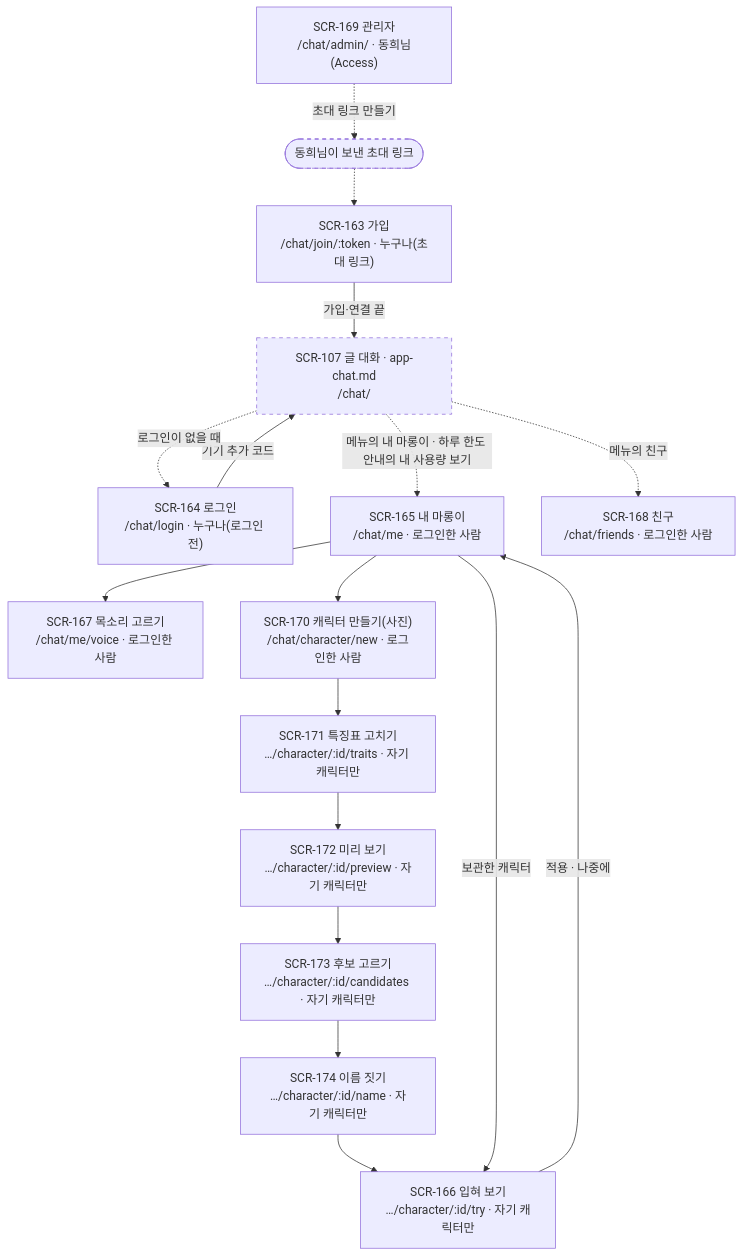
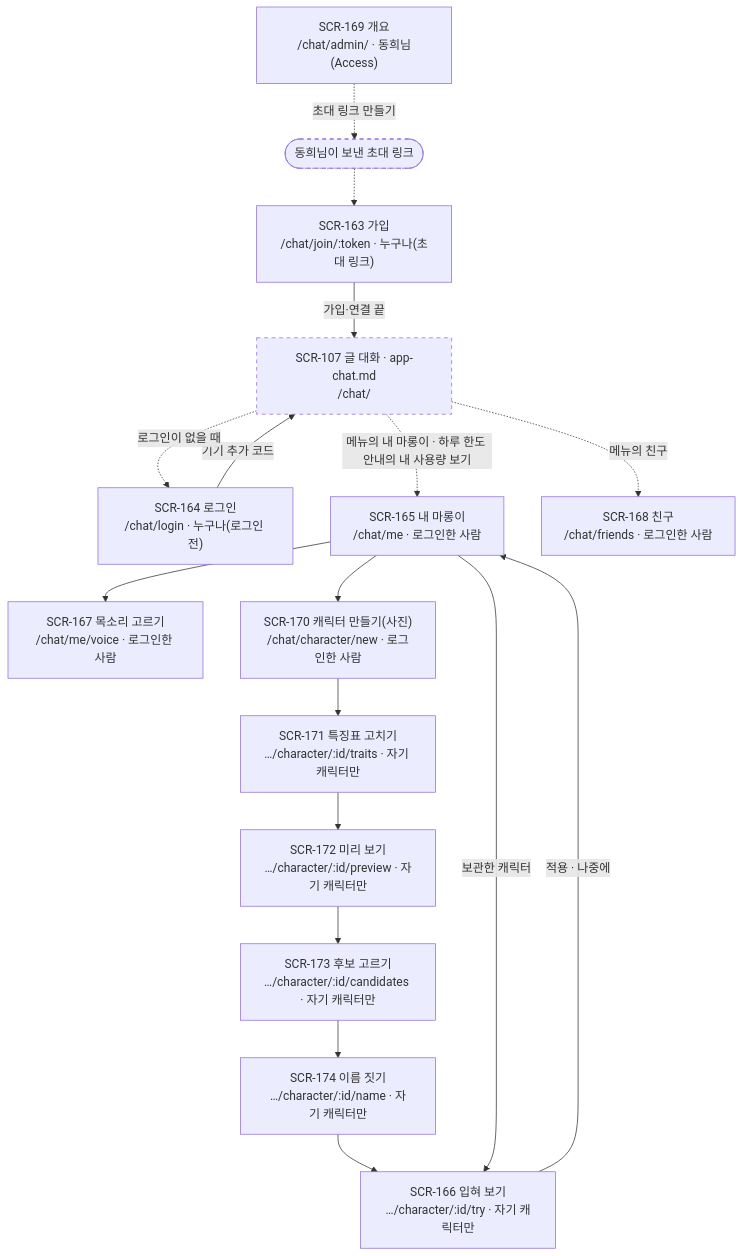
The second of 5 diagrams in docs/07-sitemap/sitemap.md (kodonghui/marong2), drawn with Mermaid before and after one commit. The commit also changed other lines of this file and 29 other files, not shown here.

````diff
--- a/docs/07-sitemap/sitemap.md
+++ b/docs/07-sitemap/sitemap.md
@@ -109,21 +109,21 @@
 ```mermaid
 flowchart TD
   INV(["동희님이 보낸 초대 링크"]) -.-> U163["SCR-163 가입<br/>/chat/join/:token · 누구나(초대 링크)"]
-  U169["SCR-169 관리자<br/>/chat/admin/ · 동희님(Access)"] -.->|초대 링크 만들기| INV
+  U169["SCR-169 개요<br/>/chat/admin/ · 동희님(Access)"] -.->|초대 링크 만들기| INV
   U163 -->|가입·연결 끝| SCR107["SCR-107 글 대화 · app-chat.md<br/>/chat/"]
   U164["SCR-164 로그인<br/>/chat/login · 누구나(로그인 전)"] -->|기기 추가 코드| SCR107
   SCR107 -.->|로그인이 없을 때| U164
   SCR107 -.->|메뉴의 내 마롱이 · 하루 한도 안내의 내 사용량 보기| U165["SCR-165 내 마롱이<br/>/chat/me · 로그인한 사람"]
   SCR107 -.->|메뉴의 친구| U168["SCR-168 친구<br/>/chat/friends · 로그인한 사람"]
   U165 --> U167["SCR-167 목소리 고르기<br/>/chat/me/voice · 로그인한 사람"]
   U165 --> U170["SCR-170 캐릭터 만들기(사진)<br/>/chat/character/new · 로그인한 사람"]
   U170 --> U171["SCR-171 특징표 고치기<br/>…/character/:id/traits · 자기 캐릭터만"]
   U171 --> U172["SCR-172 미리 보기<br/>…/character/:id/preview · 자기 캐릭터만"]
   U172 --> U173["SCR-173 후보 고르기<br/>…/character/:id/candidates · 자기 캐릭터만"]
   U173 --> U174["SCR-174 이름 짓기<br/>…/character/:id/name · 자기 캐릭터만"]
   U174 --> U166["SCR-166 입혀 보기<br/>…/character/:id/try · 자기 캐릭터만"]
   U165 -->|보관한 캐릭터| U166
   U166 -->|적용 · 나중에| U165
   classDef outside stroke-dasharray: 5 5
   class INV,SCR107 outside
 ```
````
